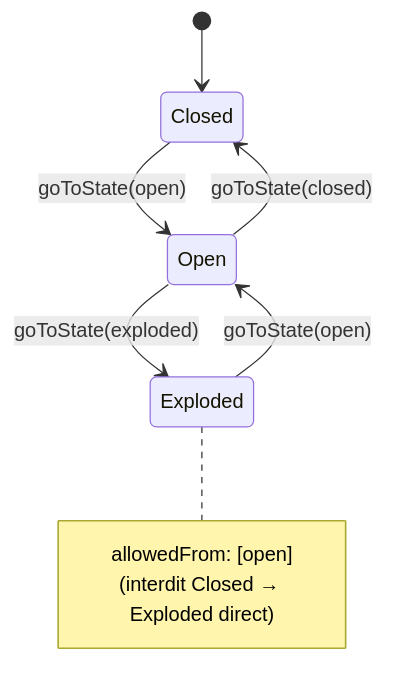
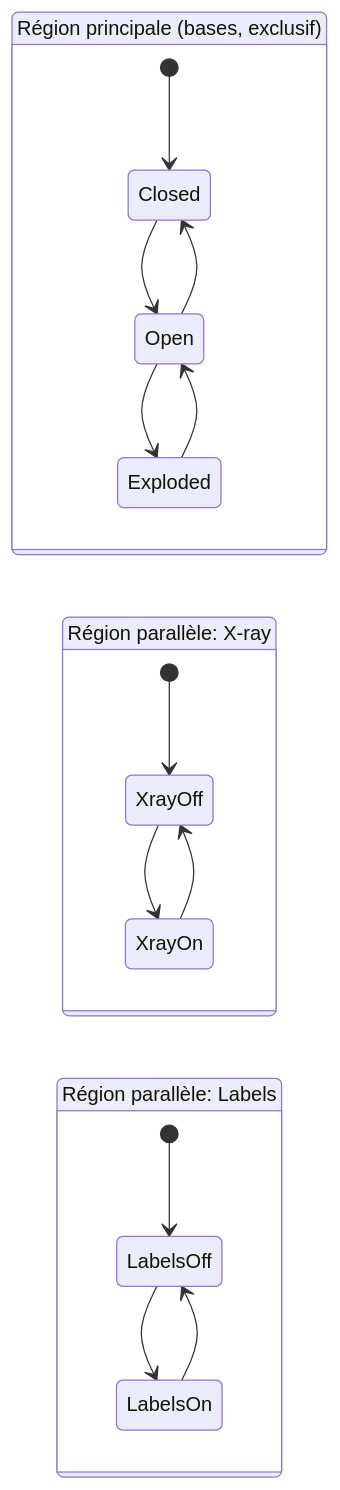
One commit to GabMDA/explorer-engine changed the first of 2 diagrams in docs/09-etats.md. Above: the diagram before and after it, drawn with Mermaid. The commit also changed other lines of this file and 3 other files, not shown here.

````diff
--- a/docs/09-etats.md
+++ b/docs/09-etats.md
@@ -111,12 +48,21 @@
 ```mermaid
 stateDiagram-v2
-    [*] --> Closed
-    Closed --> Open: goToState(open)
-    Open --> Closed: goToState(closed)
-    Open --> Exploded: goToState(exploded)
-    Exploded --> Open: goToState(open)
-    note right of Exploded
-        allowedFrom: [open]
-        (interdit Closed → Exploded direct)
-    end note
+    direction LR
+    state "Région principale (bases, exclusif)" as Base {
+        [*] --> Closed
+        Closed --> Open
+        Open --> Closed
+        Open --> Exploded
+        Exploded --> Open
+    }
+    state "Région parallèle: X-ray" as XR {
+        [*] --> XrayOff
+        XrayOff --> XrayOn
+        XrayOn --> XrayOff
+    }
+    state "Région parallèle: Labels" as LB {
+        [*] --> LabelsOff
+        LabelsOff --> LabelsOn
+        LabelsOn --> LabelsOff
+    }
 ```
````
